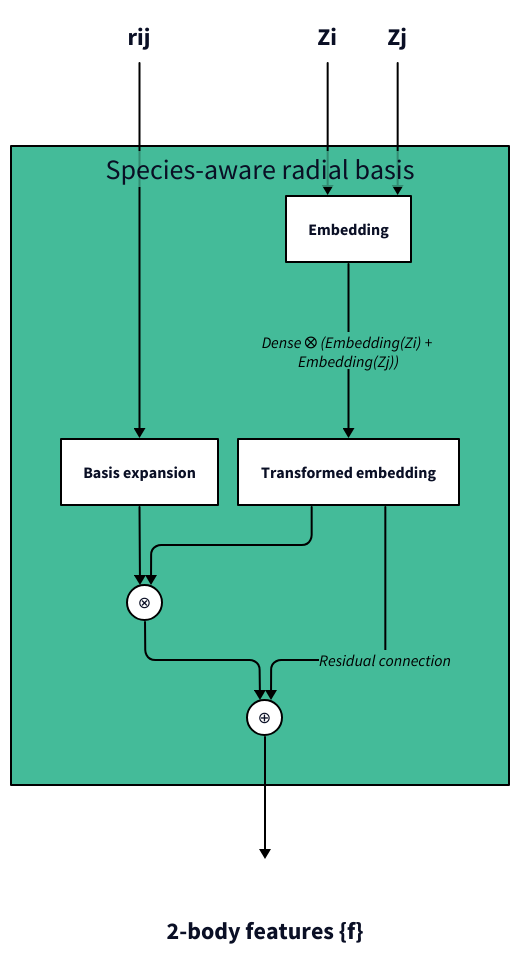
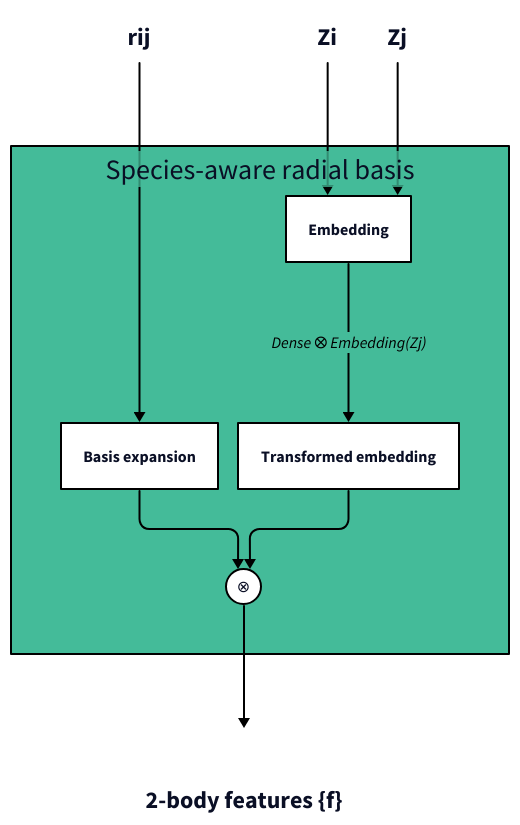
Before and after one commit to SamsungDS/gears_h: the diagram in architecture_figures/1_sarb.d2, drawn with D2.

Commit message:
Update SARB architecture figure.

```diff
--- a/architecture_figures/1_sarb.d2
+++ b/architecture_figures/1_sarb.d2
@@ -1,116 +1,115 @@
 # zi: {class: empty
 #      label: ""
 #      label.near: bottom-center
 #      equation: |latex 
 #                 \\large{Z_i}
 #                |
 #     }
 zi: Zi {class: empty}
 zj: Zj {class: empty}
 r: rij {class: empty}
 f: "2-body features \{f\}" {class: empty;label.near: outside-top-center}
 # ins.class: input
 sarb: Species-aware radial basis {
     class: sarb
     embedding: Embedding {class: in_module}
     basis: Basis expansion {class: in_module}
     transformed_embedding: Transformed embedding {class: in_module}
     ⊗: {class: operator}
-    ⊕: {class: operator}
+    # ⊕: {class: operator}
 
 
-    embedding -> transformed_embedding: Dense ⭙ (Embedding(Zi) + \nEmbedding(Zj)) {style: {stroke: "#000000"; font-color: black}}
-
+    embedding -> transformed_embedding: Dense ⭙ Embedding(Zj) {style: {stroke: "#000000"; font-color: black}}
     transformed_embedding -> ⊗: {style: {stroke: "#000000"}}
     basis -> ⊗: {style: {stroke: "#000000"}}
-    ⊗ -> ⊕: {style: {stroke: "#000000"}}
-    transformed_embedding -> ⊕: Residual connection {style: {stroke: "#000000"; font-color: black}}
+    # ⊗ -> ⊕: {style: {stroke: "#000000"}}
+    # transformed_embedding -> ⊕: Residual connection {style: {stroke: "#000000"; font-color: black}}
 }
 
 zi -> sarb.embedding: {style: {stroke: "#000000"}}
 zj -> sarb.embedding: {style: {stroke: "#000000"}}
 r -> sarb.basis: {style: {stroke: "#000000"}}
-sarb.⊕ -> f: {style: {stroke: "#000000"}}
+sarb.⊗ -> f: {style: {stroke: "#000000"}}
 
 
 classes: {
     operator: {shape: circle
                width: 35
                height: 35
                style: {fill: "#FFFFFF"
                        stroke: "#000000"
                     #    font: mono
                       }
     }
     empty: {
             # label: ""
             width: 50
             height: 50
             style: {
                 fill: transparent
                 stroke: transparent
                 font-size: 24
             }
     }
     sarb: {
         style: {
             fill: "#44BB99"
             stroke: "#000000"
         }
     }
     in_module: {
         style: {
             fill: "#FFFFFF"
             stroke: "#000000"
             # opacity: 0.5
         }
     }
     ac: {
         style: {
             fill: "#BBCC33"
             stroke: "#000000"
         }
     }
     bc: {
         style: {
             fill: "#EEDD88"
             stroke: "#000000"
         }
     }
     rd: {
         style: {
             fill: "#EE8866"
             stroke: "#000000"
         }
     }
     ro: {
         style: {
             fill: "#FFAABB"
             stroke: "#000000"
         }
     }
     outs: {
         style: {
             fill: "#DDDDDD"
             stroke: "#000000"
             multiple: true
         }
     }
     input : {
         # label: ""
         width: 50
         height: 50
         style: {
             fill: "#99DDFF"
             stroke: "#000000"
             multiple: true
         }
     }
 }
 
 vars: {
     d2-config: {
       layout-engine: elk
     #   theme-id: 101
     }
 }
```
